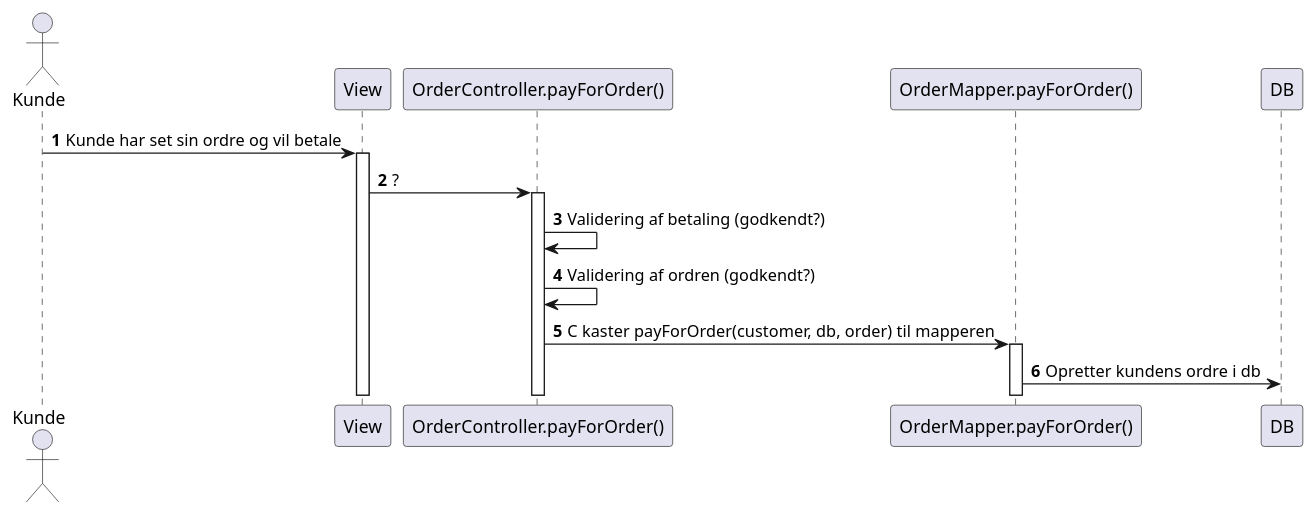
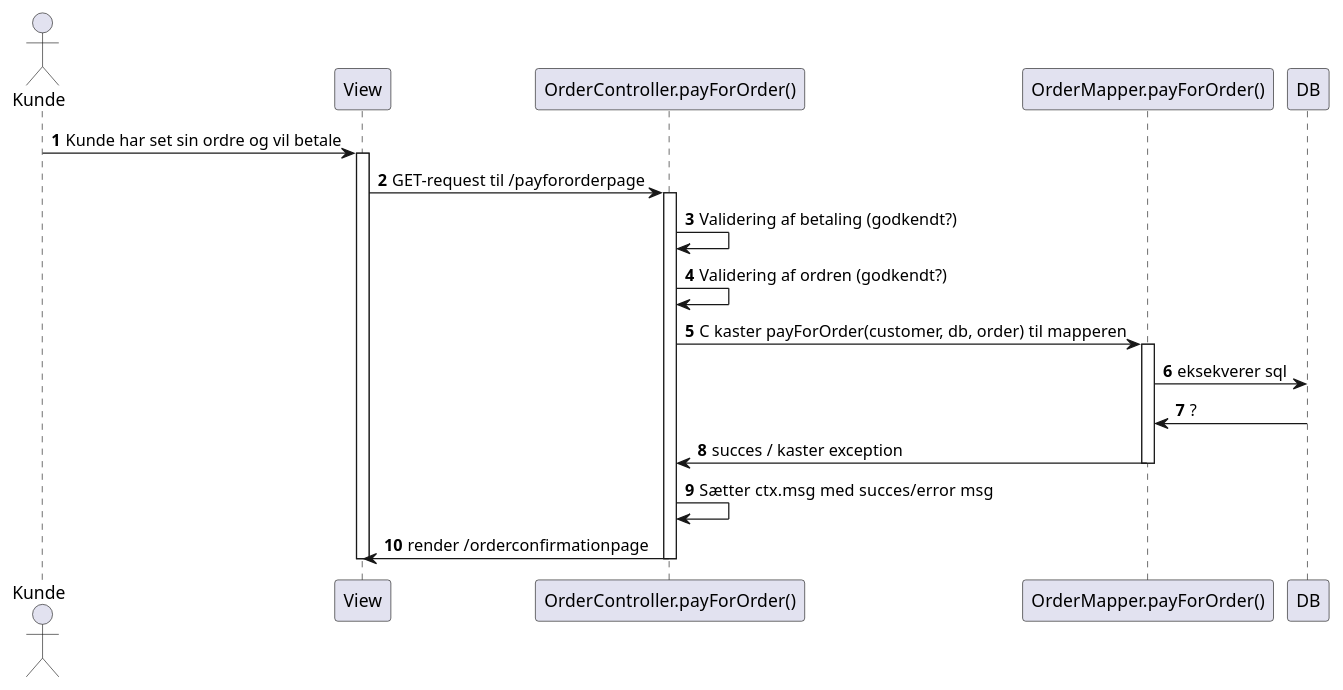
One commit to mridrisisci/fog-projekt changed the diagram in docs/sequence-us8.puml. Above: the diagram before and after it, drawn with PlantUML.

Commit message:
færdiggjort sekvensdiagram til userstory 8

```diff
--- a/docs/sequence-us8.puml
+++ b/docs/sequence-us8.puml
@@ -1,22 +1,30 @@
 @startuml
 'https://plantuml.com/sequence-diagram
 
 autonumber
 
 actor Kunde
 participant View as V
 participant "OrderController.payForOrder()" as C
 participant "OrderMapper.payForOrder()" as M
 participant DB
 
 Kunde -> V: Kunde har set sin ordre og vil betale
 activate V
-V -> C: ?
+V -> C: GET-request til /payfororderpage
 activate C
 C -> C: Validering af betaling (godkendt?)
 C -> C: Validering af ordren (godkendt?)
 C -> M: C kaster payForOrder(customer, db, order) til mapperen
 activate M
-M -> DB: Opretter kundens ordre i db
+M -> DB: eksekverer sql
+DB -> M: ?
+M -> C: succes / kaster exception
+deactivate M
+C -> C: Sætter ctx.msg  med succes/error msg
+C -> V: render /orderconfirmationpage
+deactivate C
+
+deactivate V
 
 @enduml
```
